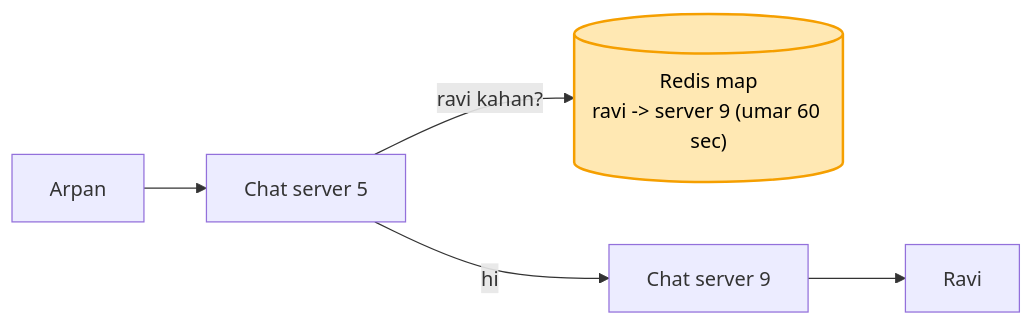
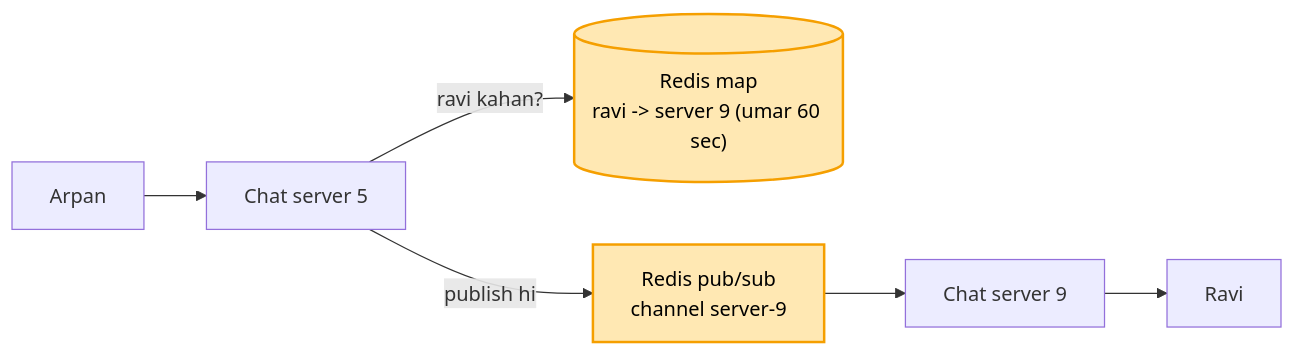
The third of 11 diagrams in 04_HLD/SYSTEM_DESIGNS/14_chat_messaging/14_chat_messaging.md (ArpanMaheshwari144/Prep), drawn with Mermaid before and after one commit. The commit also changed other lines of this file and 19 other files, not shown here.

````diff
--- a/04_HLD/SYSTEM_DESIGNS/14_chat_messaging/14_chat_messaging.md
+++ b/04_HLD/SYSTEM_DESIGNS/14_chat_messaging/14_chat_messaging.md
@@ -162,8 +174,10 @@
 ```mermaid
 flowchart LR
     A["Arpan"] --> S5["Chat server 5"]
     S5 -- "ravi kahan?" --> R[("Redis map<br/>ravi -> server 9 (umar 60 sec)")]
-    S5 -- "hi" --> S9["Chat server 9"]
+    S5 -- "publish hi" --> PS["Redis pub/sub<br/>channel server-9"]
+    PS --> S9["Chat server 9"]
     S9 --> RV["Ravi"]
     style R fill:#ffe8b3,stroke:#f59f00,stroke-width:2px,color:#000
+    style PS fill:#ffe8b3,stroke:#f59f00,stroke-width:2px,color:#000
 ```
````
